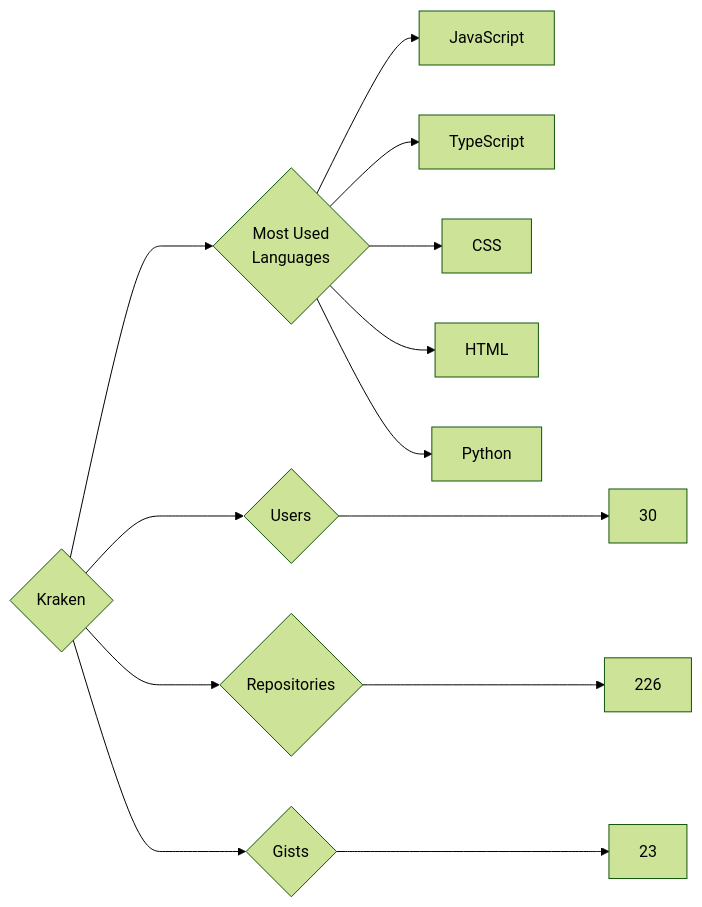
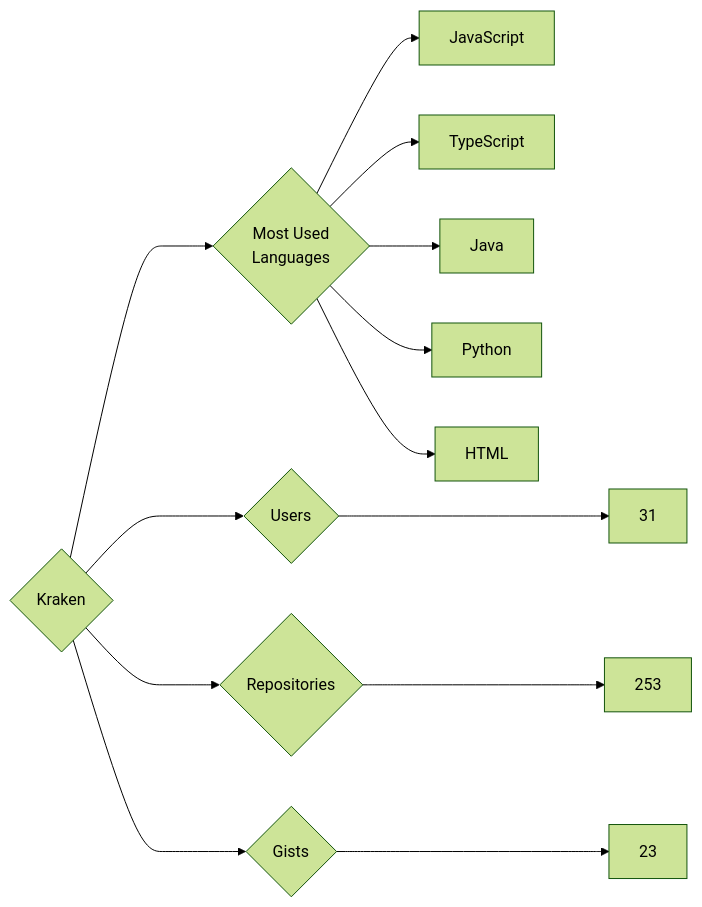
One commit to trickest/insiders changed the diagram in targets/Kraken/README.md. Above: the diagram before and after it, drawn with Mermaid (forest theme). The commit also changed 927 other files, not shown here.

````diff
--- a/targets/Kraken/README.md
+++ b/targets/Kraken/README.md
@@ -3,13 +3,13 @@
 ```mermaid
 graph LR
 COMPANY_NAME{Kraken}
-COMPANY_NAME ---> U{Users} ---> UN[30]
-COMPANY_NAME ---> R{Repositories} ---> RN[226]
+COMPANY_NAME ---> U{Users} ---> UN[31]
+COMPANY_NAME ---> R{Repositories} ---> RN[253]
 COMPANY_NAME ---> G{Gists} ---> GN[23]
 COMPANY_NAME ---> ML{Most Used<br>Languages}
 ML --> JavaScript[JavaScript]
 ML --> TypeScript[TypeScript]
-ML --> CSS[CSS]
+ML --> Java[Java]
+ML --> Python[Python]
 ML --> HTML[HTML]
-ML --> Python[Python]
 ```
````
